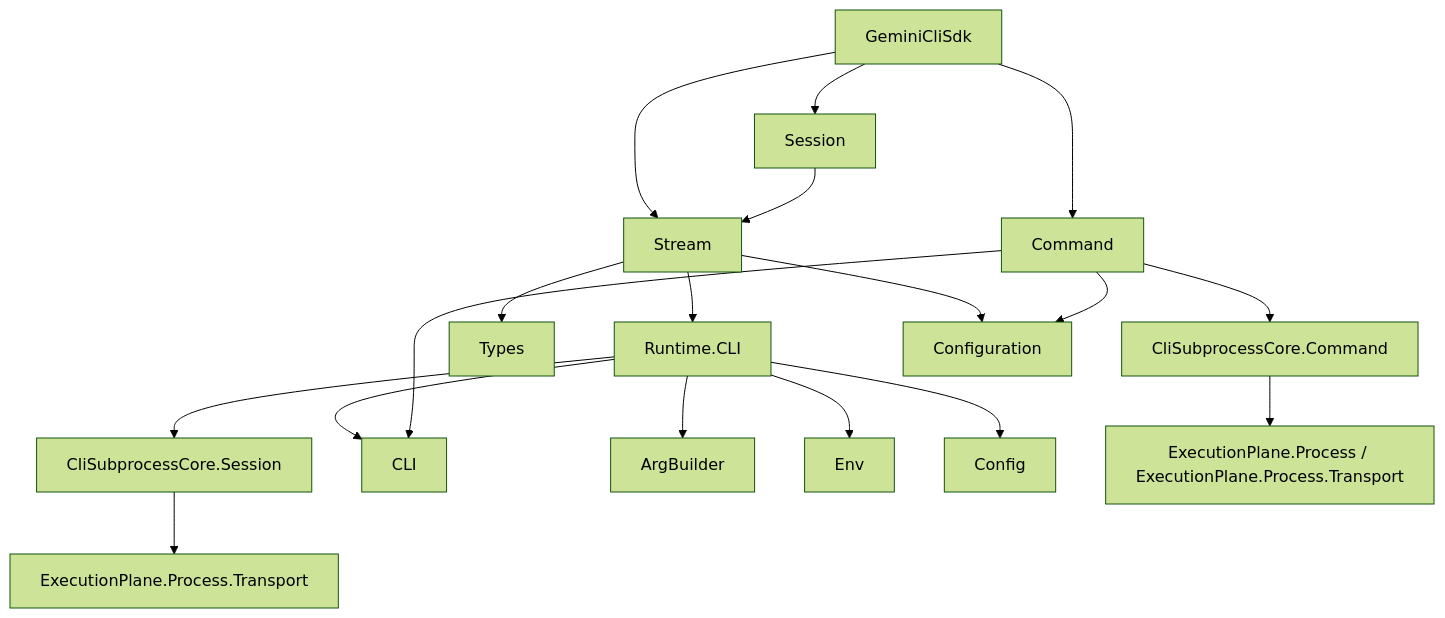
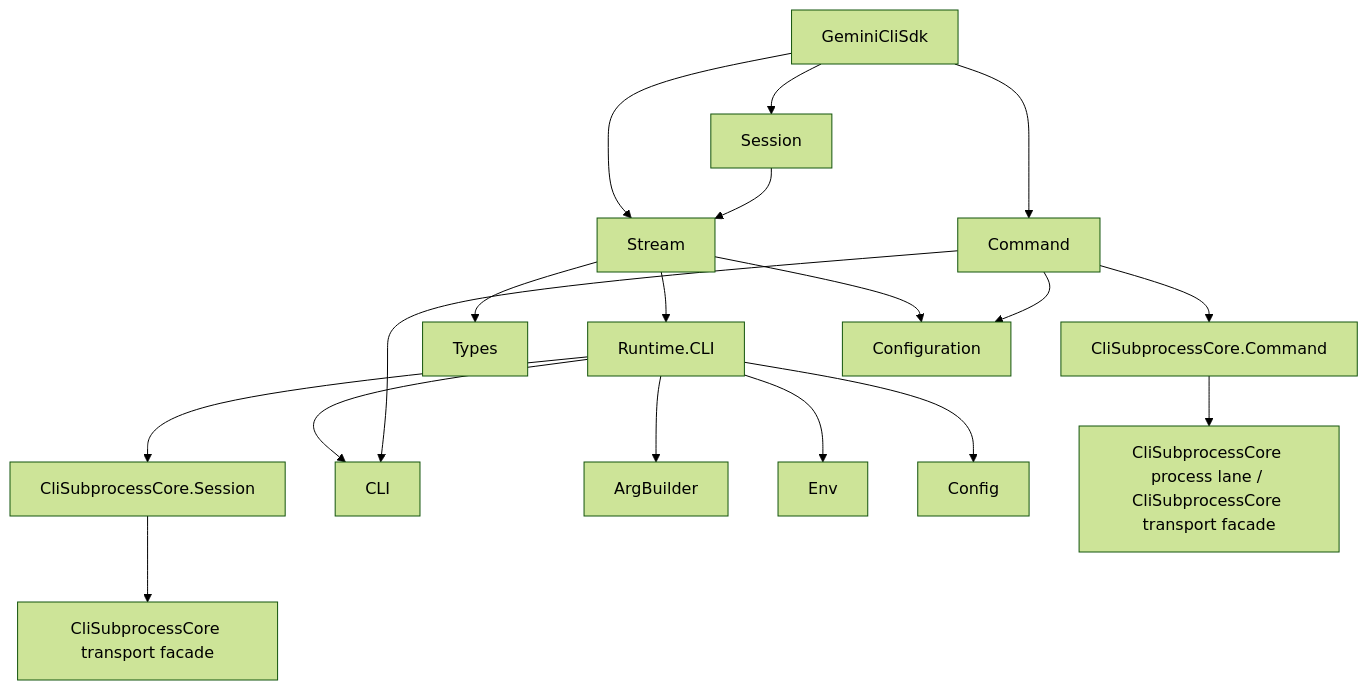
Before and after one commit to nshkrdotcom/gemini_cli_sdk: the diagram in guides/architecture.md, drawn with Mermaid (forest theme). The commit also changed other lines of this file and 9 other files, not shown here.

Commit message:
sdk: align cli core facades

````diff
--- a/guides/architecture.md
+++ b/guides/architecture.md
@@ -7,20 +7,20 @@
 ```mermaid
 graph TD
     A[GeminiCliSdk] --> B[Stream]
     A --> C[Command]
     A --> D[Session]
     B --> E[Runtime.CLI]
     E --> F[CliSubprocessCore.Session]
-    F --> G[ExecutionPlane.Process.Transport]
+    F --> G[CliSubprocessCore transport facade]
     E --> I[CLI]
     E --> J[ArgBuilder]
     E --> K[Env]
     E --> L[Config]
     B --> M[Types]
     C --> Q[CliSubprocessCore.Command]
-    Q --> R[ExecutionPlane.Process / ExecutionPlane.Process.Transport]
+    Q --> R[CliSubprocessCore process lane / CliSubprocessCore transport facade]
     C --> I
     B --> O[Configuration]
     C --> O
     D --> B
 ```
````
